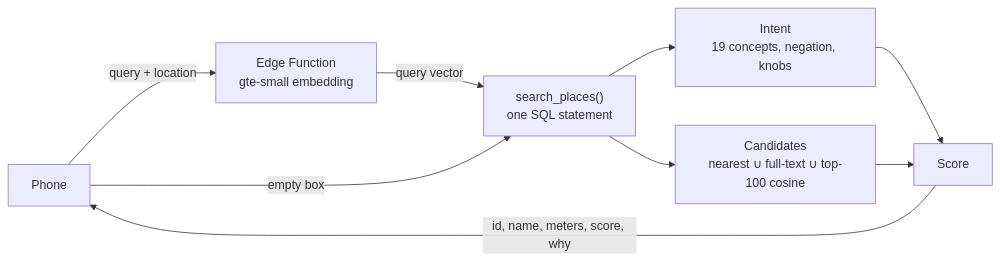
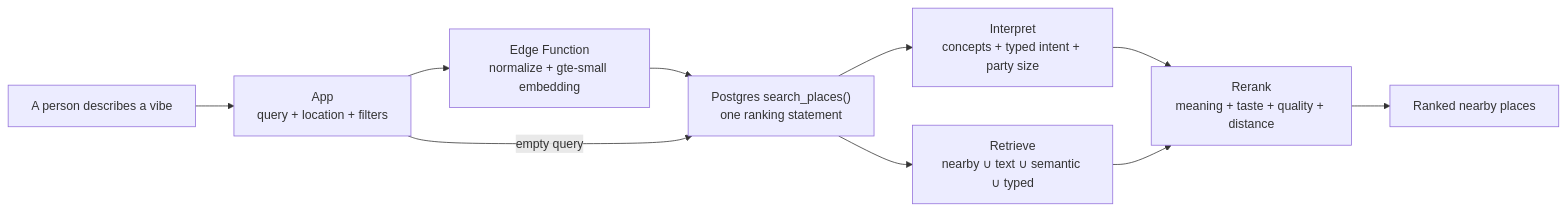
Before and after one commit to alexvillagomez/table-writeup: the diagram in README.md, drawn with Mermaid. The commit also changed other lines of this file, not shown here.

Commit message:
Rewrite README around semantic vibe search

````diff
--- a/README.md
+++ b/README.md
@@ -20,11 +82,12 @@
 ```mermaid
 flowchart LR
-  P["Phone"] -->|query + location| E["Edge Function<br/>gte-small embedding"]
-  E -->|query vector| S["search_places()<br/>one SQL statement"]
-  P -->|empty box| S
-  S --> I["Intent<br/>19 concepts, negation, knobs"]
-  S --> C["Candidates<br/>nearest ∪ full-text ∪ top-100 cosine"]
-  I --> R["Score"]
+  U["A person describes a vibe"] --> A["App<br/>query + location + filters"]
+  A --> E["Edge Function<br/>normalize + gte-small embedding"]
+  E --> S["Postgres search_places()<br/>one ranking statement"]
+  A -->|empty query| S
+  S --> I["Interpret<br/>concepts + typed intent + party size"]
+  S --> C["Retrieve<br/>nearby ∪ text ∪ semantic ∪ typed"]
+  I --> R["Rerank<br/>meaning + taste + quality + distance"]
   C --> R
-  R -->|id, name, meters, score, why| P
+  R --> O["Ranked nearby places"]
 ```
````
